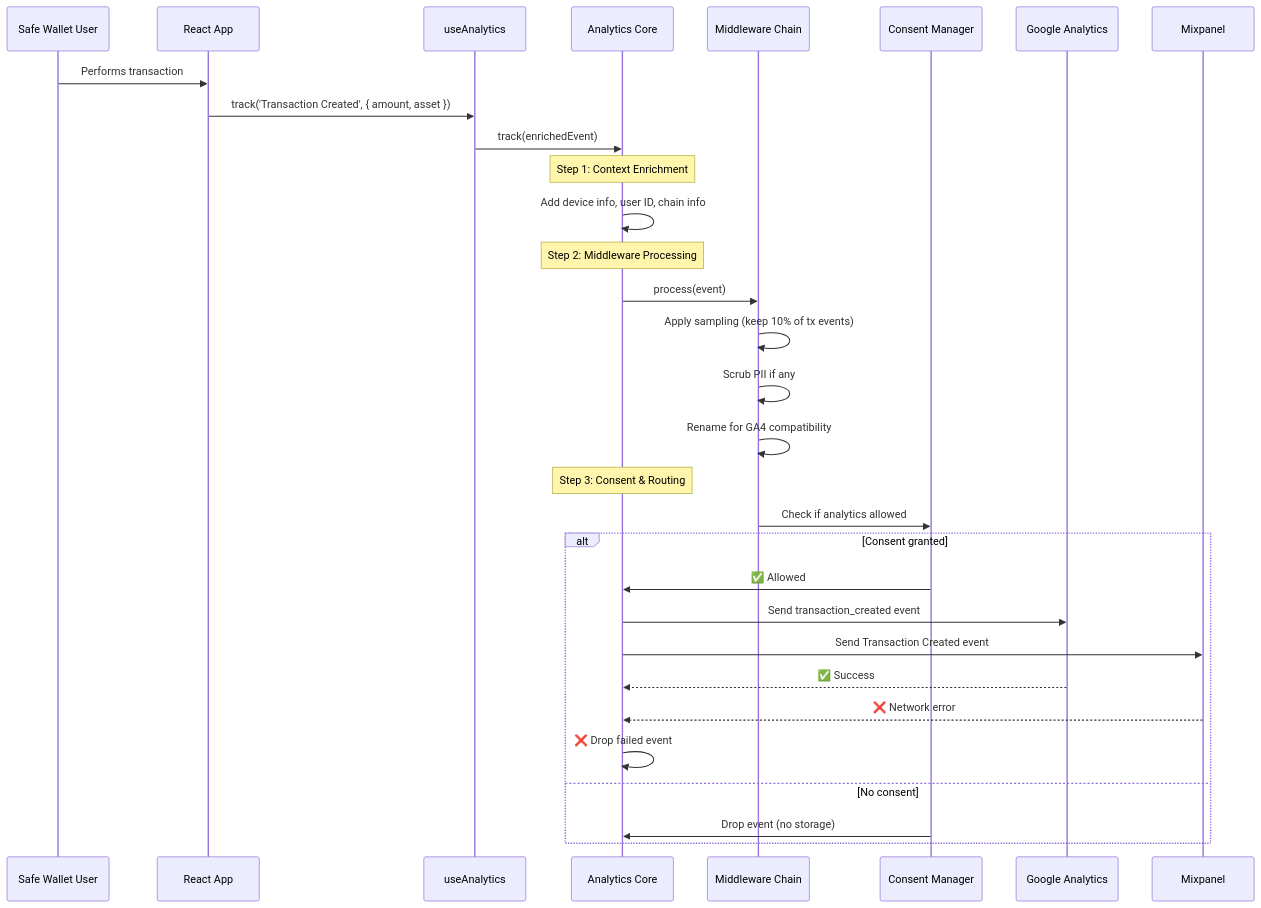
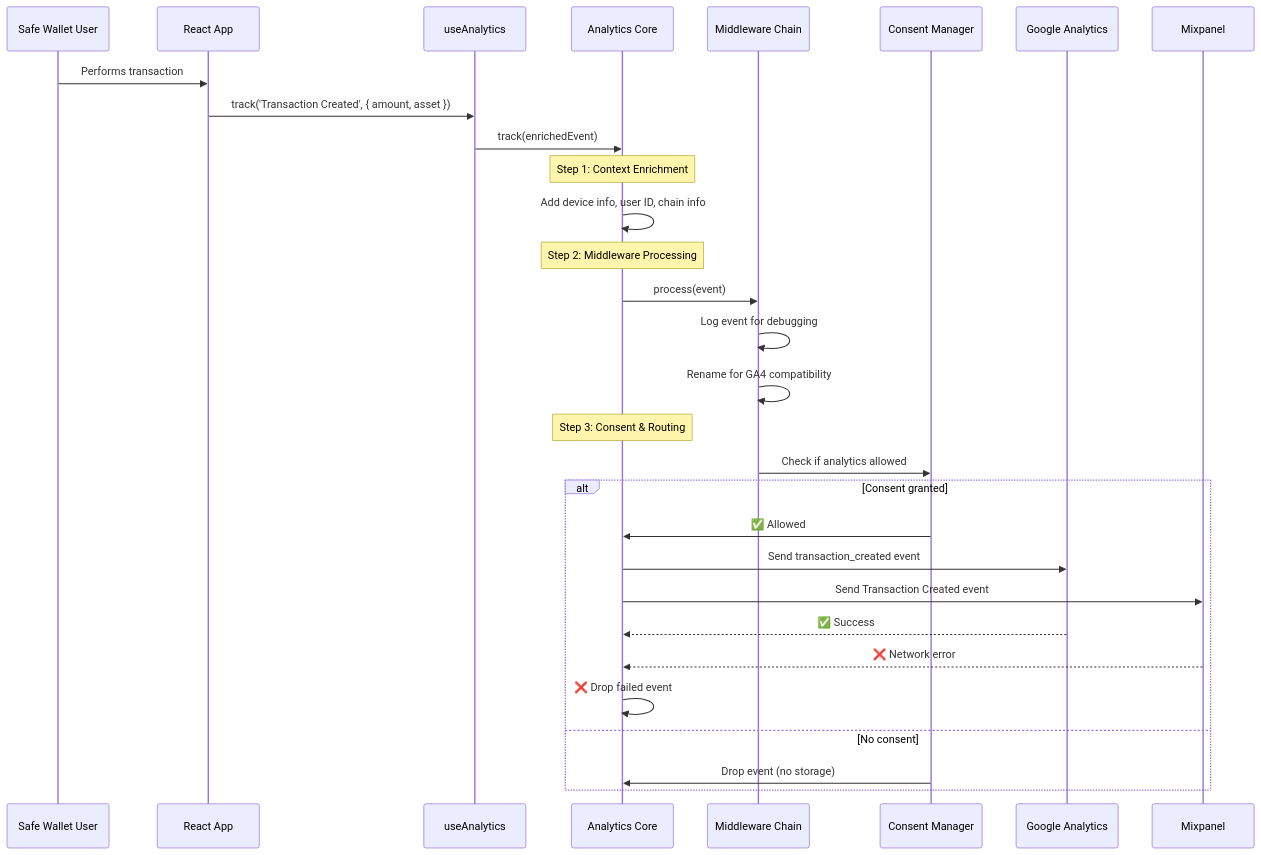
Before and after one commit to safe-global/safe-wallet-monorepo: the ninth of 9 diagrams in docs/analytics-architecture.md, drawn with Mermaid. The commit also changed other lines of this file and 2 other files, not shown here.

First line of the commit message:
refactor(analytics): simplify middleware system - keep only logging middleware

````diff
--- a/docs/analytics-architecture.md
+++ b/docs/analytics-architecture.md
@@ -1329,38 +1319,37 @@
 ```mermaid
 sequenceDiagram
     participant User as Safe Wallet User
     participant App as React App
     participant Hook as useAnalytics
     participant Analytics as Analytics Core
     participant Middleware as Middleware Chain
     participant Consent as Consent Manager
     participant GA as Google Analytics
     participant MP as Mixpanel
 
     User->>App: Performs transaction
     App->>Hook: track('Transaction Created', { amount, asset })
     Hook->>Analytics: track(enrichedEvent)
 
     Note over Analytics: Step 1: Context Enrichment
     Analytics->>Analytics: Add device info, user ID, chain info
 
     Note over Analytics: Step 2: Middleware Processing
     Analytics->>Middleware: process(event)
-    Middleware->>Middleware: Apply sampling (keep 10% of tx events)
-    Middleware->>Middleware: Scrub PII if any
+    Middleware->>Middleware: Log event for debugging
     Middleware->>Middleware: Rename for GA4 compatibility
 
     Note over Analytics: Step 3: Consent & Routing
     Middleware->>Consent: Check if analytics allowed
 
     alt Consent granted
         Consent->>Analytics: ✅ Allowed
         Analytics->>GA: Send transaction_created event
         Analytics->>MP: Send Transaction Created event
         GA-->>Analytics: ✅ Success
         MP-->>Analytics: ❌ Network error
         Analytics->>Analytics: ❌ Drop failed event
     else No consent
         Consent->>Analytics: Drop event (no storage)
     end
 ```
````
